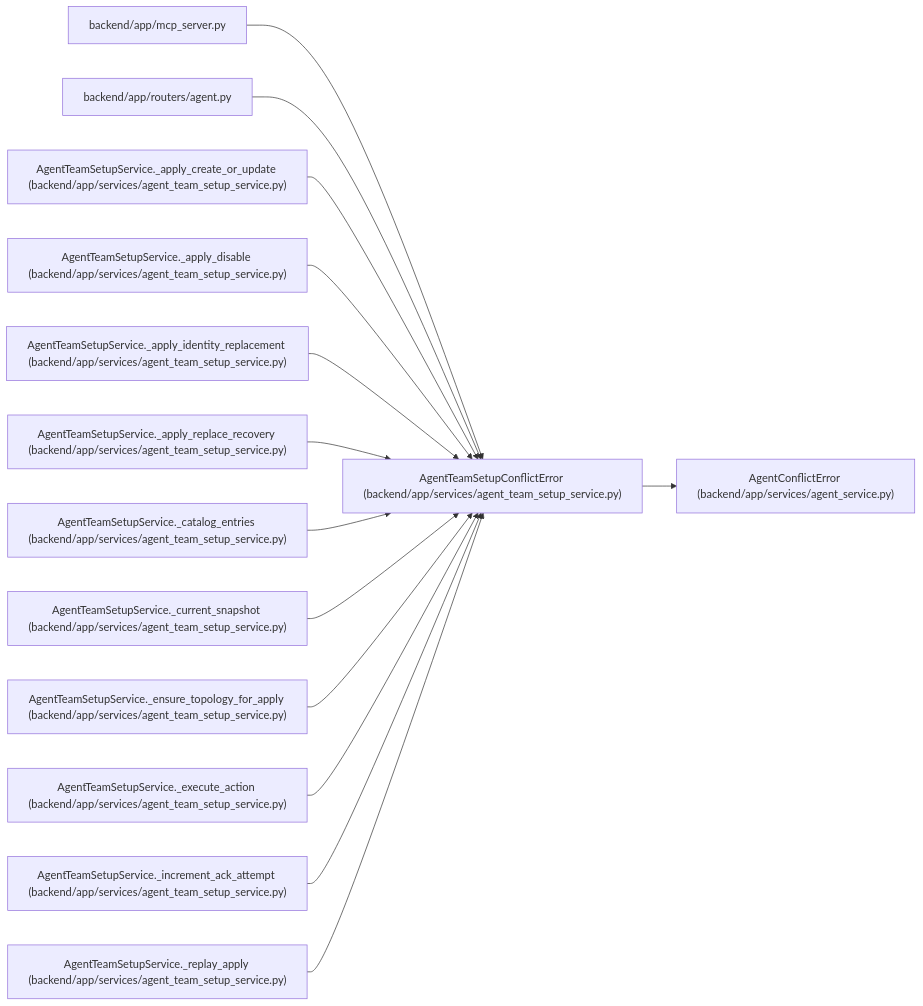
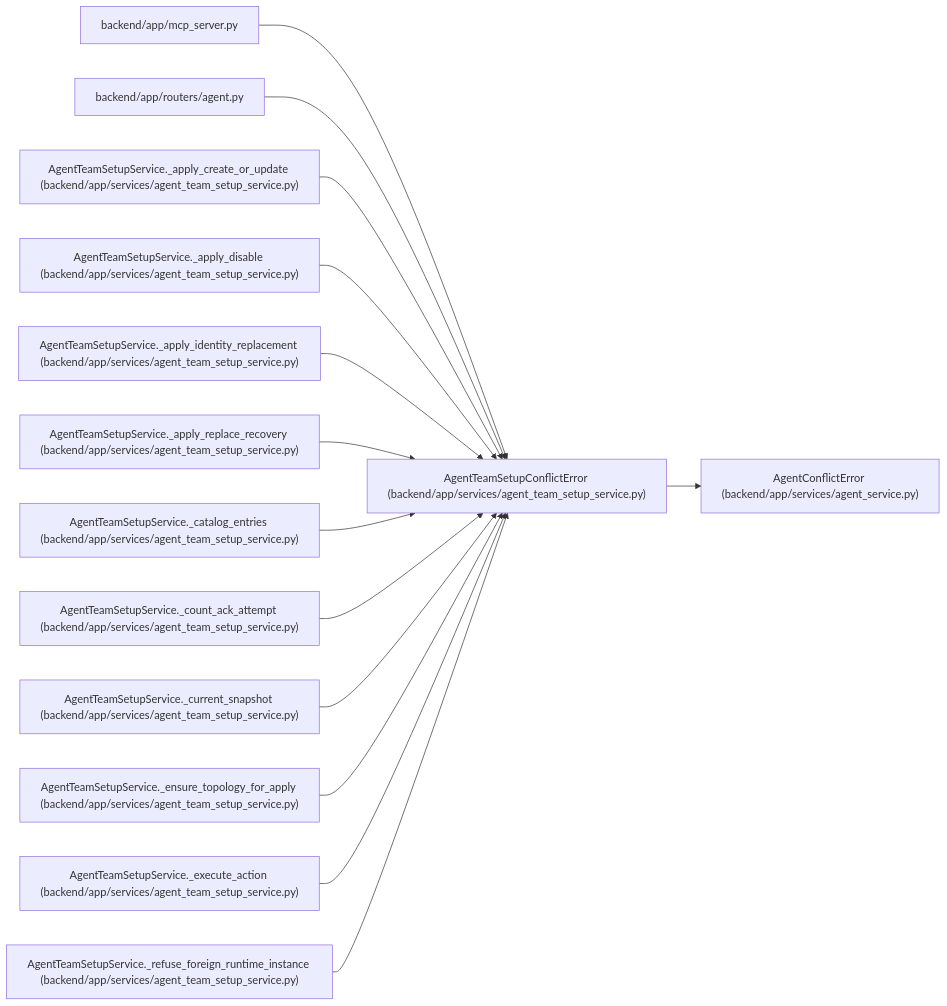
One commit to Denissvgn/WorkChord changed the diagram in docs/llm_wiki/entities/AgentTeamSetupConflictError.md. Above: the diagram before and after it, drawn with Mermaid. The commit also changed other lines of this file and 722 other files, not shown here.

Commit message:
Sync the architectural wiki for the onboarding runtime instance

````diff
--- a/docs/llm_wiki/entities/AgentTeamSetupConflictError.md
+++ b/docs/llm_wiki/entities/AgentTeamSetupConflictError.md
@@ -26,44 +26,44 @@
 ```mermaid
 flowchart LR
     n0["AgentTeamSetupConflictError (backend/app/services/agent_team_setup_service.py)"]
     n1["AgentConflictError (backend/app/services/agent_service.py)"]
     n2["backend/app/mcp_server.py"]
     n3["backend/app/routers/agent.py"]
     n4["AgentTeamSetupService._apply_create_or_update (backend/app/services/agent_team_setup_service.py)"]
     n5["AgentTeamSetupService._apply_disable (backend/app/services/agent_team_setup_service.py)"]
     n6["AgentTeamSetupService._apply_identity_replacement (backend/app/services/agent_team_setup_service.py)"]
     n7["AgentTeamSetupService._apply_replace_recovery (backend/app/services/agent_team_setup_service.py)"]
     n8["AgentTeamSetupService._catalog_entries (backend/app/services/agent_team_setup_service.py)"]
-    n9["AgentTeamSetupService._current_snapshot (backend/app/services/agent_team_setup_service.py)"]
-    n10["AgentTeamSetupService._ensure_topology_for_apply (backend/app/services/agent_team_setup_service.py)"]
-    n11["AgentTeamSetupService._execute_action (backend/app/services/agent_team_setup_service.py)"]
-    n12["AgentTeamSetupService._increment_ack_attempt (backend/app/services/agent_team_setup_service.py)"]
-    n13["AgentTeamSetupService._replay_apply (backend/app/services/agent_team_setup_service.py)"]
+    n9["AgentTeamSetupService._count_ack_attempt (backend/app/services/agent_team_setup_service.py)"]
+    n10["AgentTeamSetupService._current_snapshot (backend/app/services/agent_team_setup_service.py)"]
+    n11["AgentTeamSetupService._ensure_topology_for_apply (backend/app/services/agent_team_setup_service.py)"]
+    n12["AgentTeamSetupService._execute_action (backend/app/services/agent_team_setup_service.py)"]
+    n13["AgentTeamSetupService._refuse_foreign_runtime_instance (backend/app/services/agent_team_setup_service.py)"]
     n0 --> n1
     n2 --> n0
     n3 --> n0
     n4 --> n0
     n5 --> n0
     n6 --> n0
     n7 --> n0
     n8 --> n0
     n9 --> n0
     n10 --> n0
     n11 --> n0
     n12 --> n0
     n13 --> n0
     click n0 "../modules/agent_team_setup_service.md"
     click n1 "../modules/agent_service.md"
     click n2 "../modules/mcp_server.md"
     click n3 "../modules/routers_agent.md"
     click n4 "../modules/agent_team_setup_service.md"
     click n5 "../modules/agent_team_setup_service.md"
     click n6 "../modules/agent_team_setup_service.md"
     click n7 "../modules/agent_team_setup_service.md"
     click n8 "../modules/agent_team_setup_service.md"
     click n9 "../modules/agent_team_setup_service.md"
     click n10 "../modules/agent_team_setup_service.md"
     click n11 "../modules/agent_team_setup_service.md"
     click n12 "../modules/agent_team_setup_service.md"
     click n13 "../modules/agent_team_setup_service.md"
 ```
````
